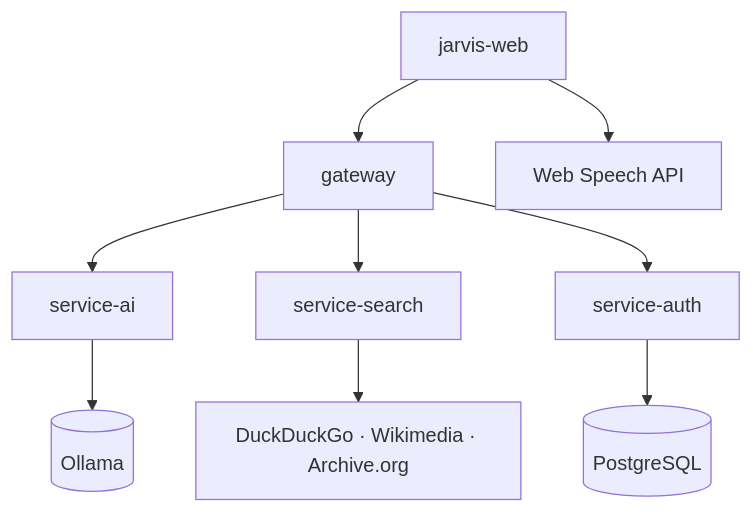
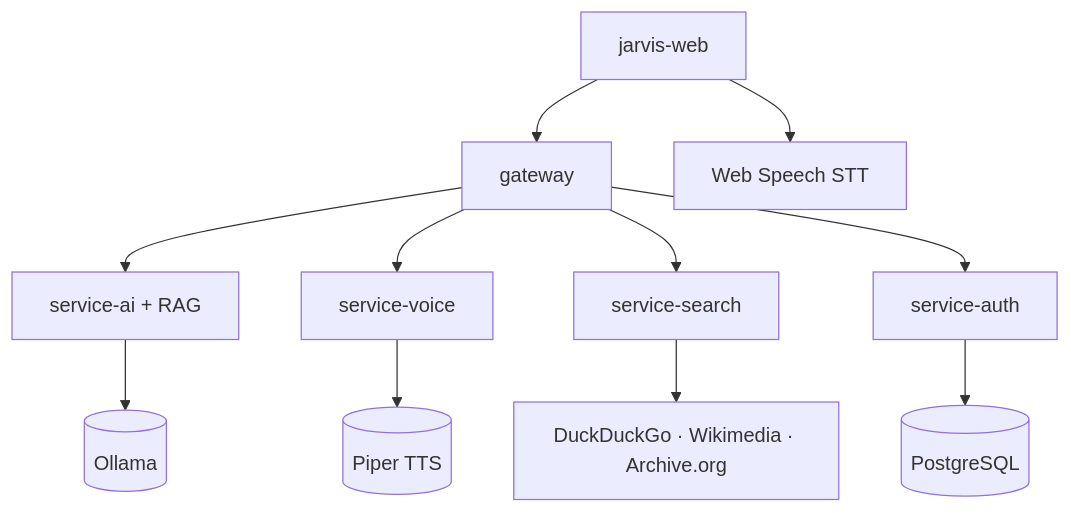
The diagram in .cursor/skills/free-open-source-stack/SKILL.md (FranciscoStanley/MyJarvis), drawn with Mermaid before and after one commit. The commit also changed other lines of this file and 8 other files, not shown here.

First line of the commit message:
docs(cursor): atualiza rules e skills com RAG e Piper

````diff
--- a/.cursor/skills/free-open-source-stack/SKILL.md
+++ b/.cursor/skills/free-open-source-stack/SKILL.md
@@ -14,9 +14,10 @@
 ```mermaid
 flowchart TB
     WEB[jarvis-web] --> GW[gateway]
-    WEB --> SPEECH[Web Speech API]
+    WEB --> STT[Web Speech STT]
 
-    GW --> AI[service-ai] --> OLLAMA[(Ollama)]
+    GW --> AI[service-ai + RAG] --> OLLAMA[(Ollama)]
+    GW --> VOICE[service-voice] --> PIPER[(Piper TTS)]
     GW --> SEARCH[service-search] --> DDG[DuckDuckGo · Wikimedia · Archive.org]
     GW --> AUTH[service-auth] --> PG[(PostgreSQL)]
 ```
````
